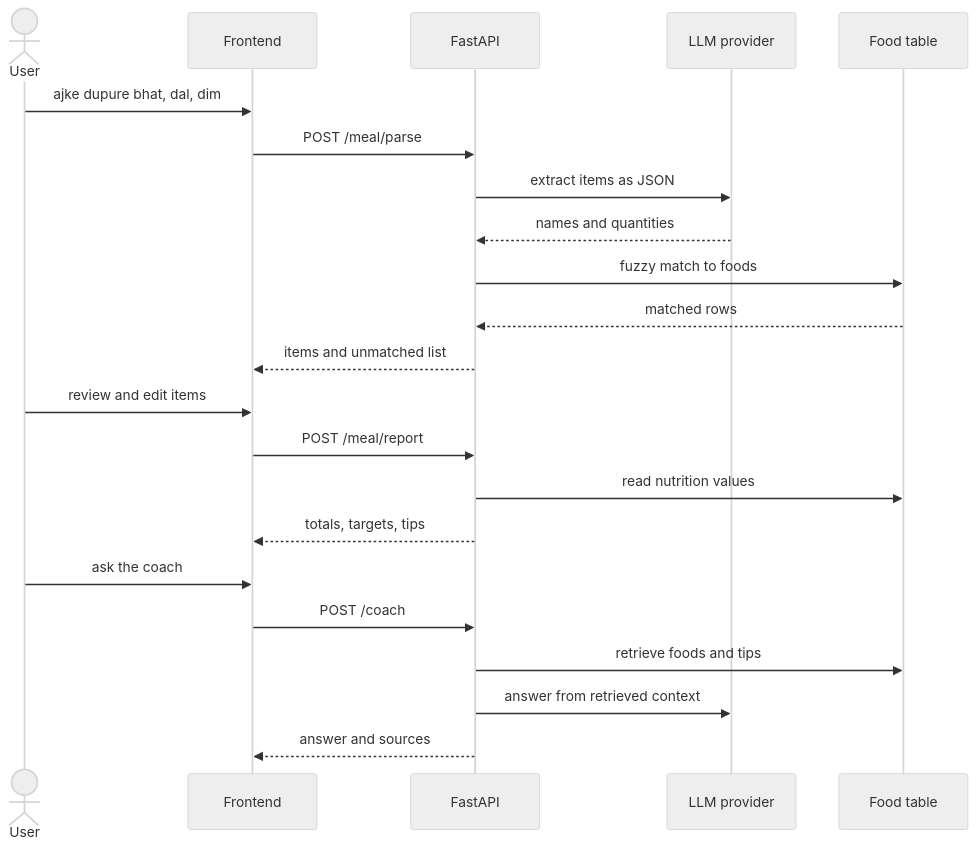
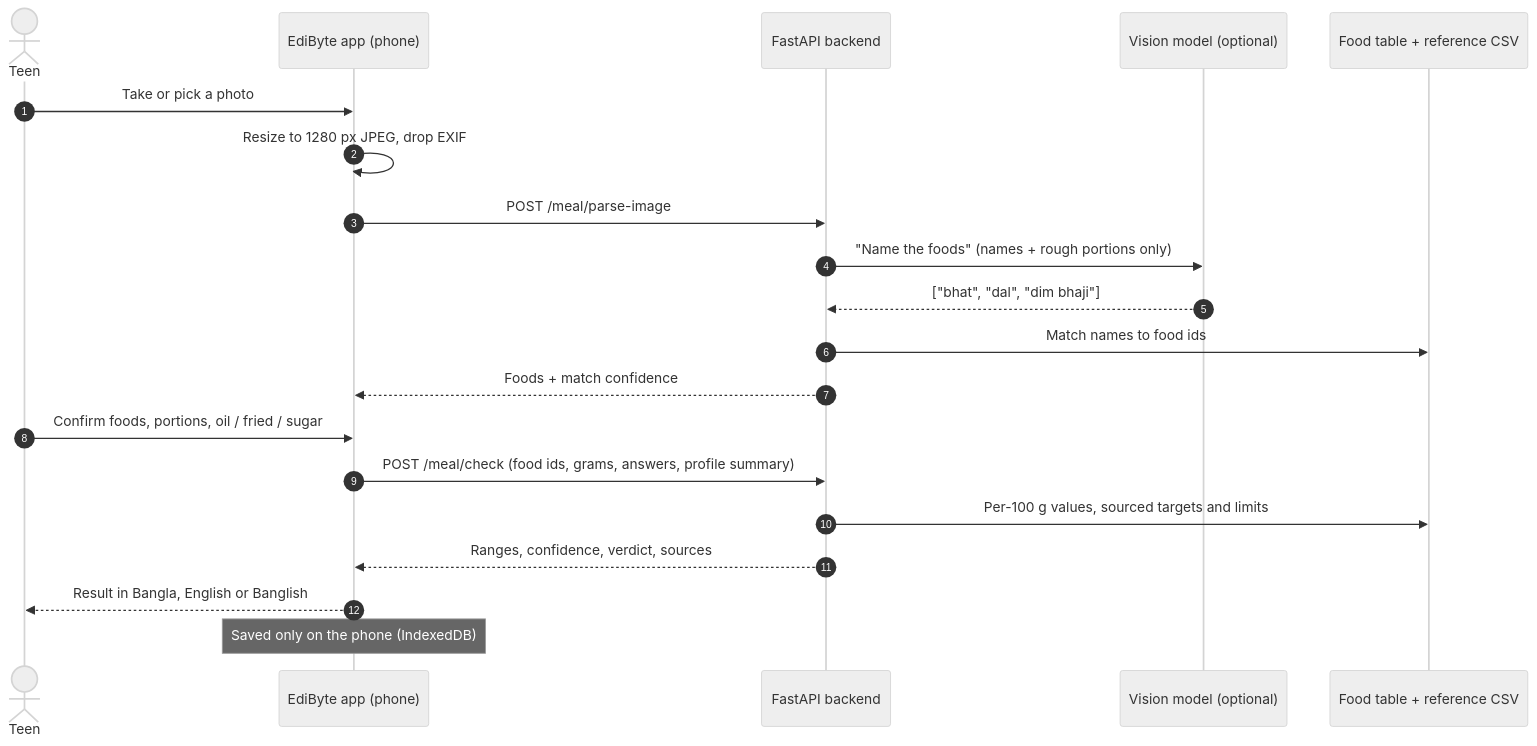
The first of 7 diagrams in README.md (es-ratt/edibyte), drawn with Mermaid (neutral theme) before and after one commit. The commit also changed other lines of this file and 8 other files, not shown here.

First line of the commit message:
docs: professional README with live demo, diagrams and screenshots; deploy /web

````diff
--- a/README.md
+++ b/README.md
@@ -94,24 +107,23 @@
 ```mermaid
 sequenceDiagram
-  actor User
-  participant FE as Frontend
-  participant API as FastAPI
-  participant LLM as LLM provider
-  participant DB as Food table
-  User->>FE: ajke dupure bhat, dal, dim
-  FE->>API: POST /meal/parse
-  API->>LLM: extract items as JSON
-  LLM-->>API: names and quantities
-  API->>DB: fuzzy match to foods
-  DB-->>API: matched rows
-  API-->>FE: items and unmatched list
-  User->>FE: review and edit items
-  FE->>API: POST /meal/report
-  API->>DB: read nutrition values
-  API-->>FE: totals, targets, tips
-  User->>FE: ask the coach
-  FE->>API: POST /coach
-  API->>DB: retrieve foods and tips
-  API->>LLM: answer from retrieved context
-  API-->>FE: answer and sources
+    autonumber
+    actor Teen
+    participant App as EdiByte app (phone)
+    participant API as FastAPI backend
+    participant LLM as Vision model (optional)
+    participant Data as Food table + reference CSV
+
+    Teen->>App: Take or pick a photo
+    App->>App: Resize to 1280 px JPEG, drop EXIF
+    App->>API: POST /meal/parse-image
+    API->>LLM: "Name the foods" (names + rough portions only)
+    LLM-->>API: ["bhat", "dal", "dim bhaji"]
+    API->>Data: Match names to food ids
+    API-->>App: Foods + match confidence
+    Teen->>App: Confirm foods, portions, oil / fried / sugar
+    App->>API: POST /meal/check (food ids, grams, answers, profile summary)
+    API->>Data: Per-100 g values, sourced targets and limits
+    API-->>App: Ranges, confidence, verdict, sources
+    App-->>Teen: Result in Bangla, English or Banglish
+    Note over App: Saved only on the phone (IndexedDB)
 ```
````
